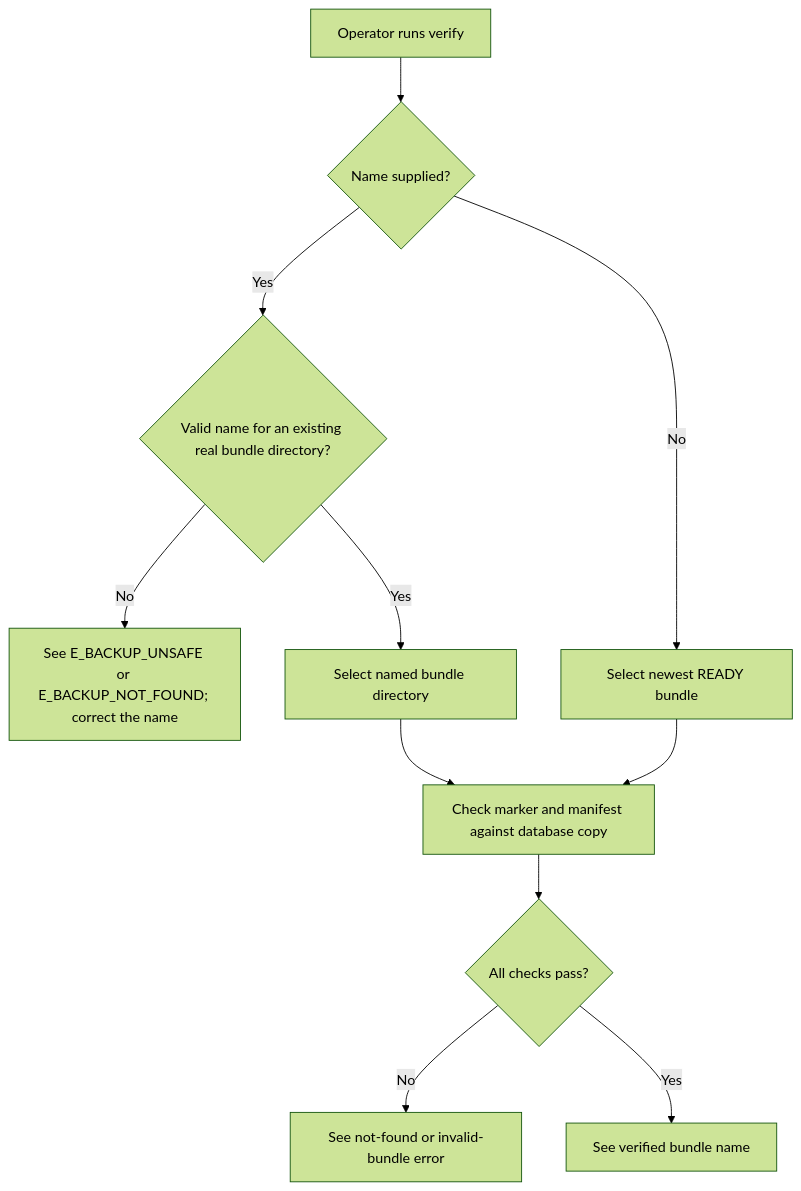
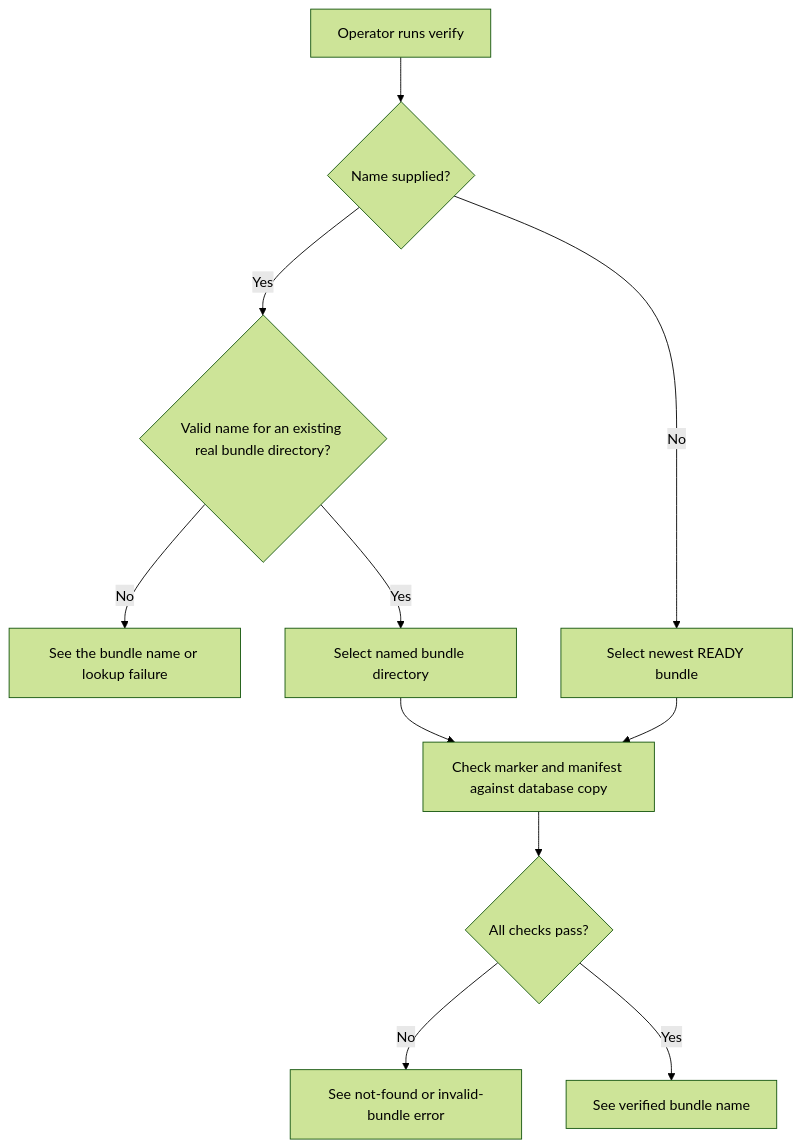
One commit to Kevinjohn/oss-adonisjs-sqlite-backup changed the first of 2 diagrams in user-stories/verify-bundle/us-op-03-verify-bundle.md. Above: the diagram before and after it, drawn with Mermaid (forest theme). The commit also changed other lines of this file and 35 other files, not shown here.

````diff
--- a/user-stories/verify-bundle/us-op-03-verify-bundle.md
+++ b/user-stories/verify-bundle/us-op-03-verify-bundle.md
@@ -27,13 +27,13 @@
 ```mermaid
 flowchart TD
     A["Operator runs verify"] --> B{"Name supplied?"}
     B -->|Yes| V{"Valid name for an existing real bundle directory?"}
-    V -->|No| W["See E_BACKUP_UNSAFE or E_BACKUP_NOT_FOUND; correct the name"]
+    V -->|No| W["See the bundle name or lookup failure"]
     V -->|Yes| C["Select named bundle directory"]
     B -->|No| D["Select newest READY bundle"]
     C --> E["Check marker and manifest against database copy"]
     D --> E
     E --> F{"All checks pass?"}
     F -->|No| G["See not-found or invalid-bundle error"]
     F -->|Yes| H["See verified bundle name"]
 ```
````
